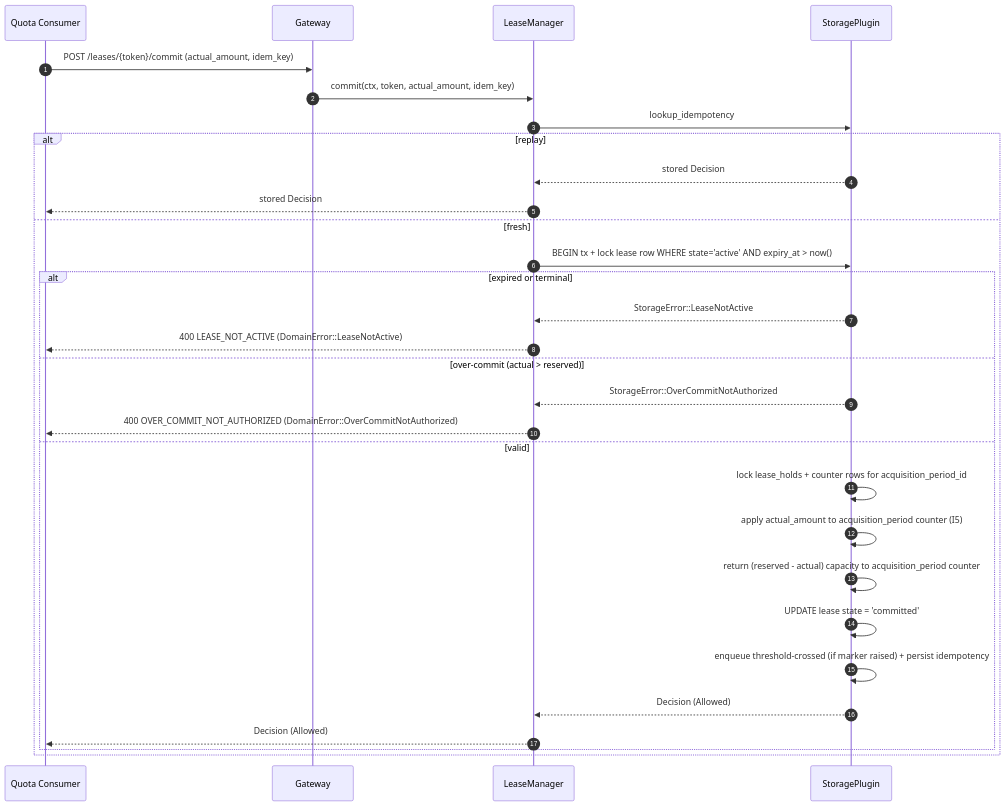
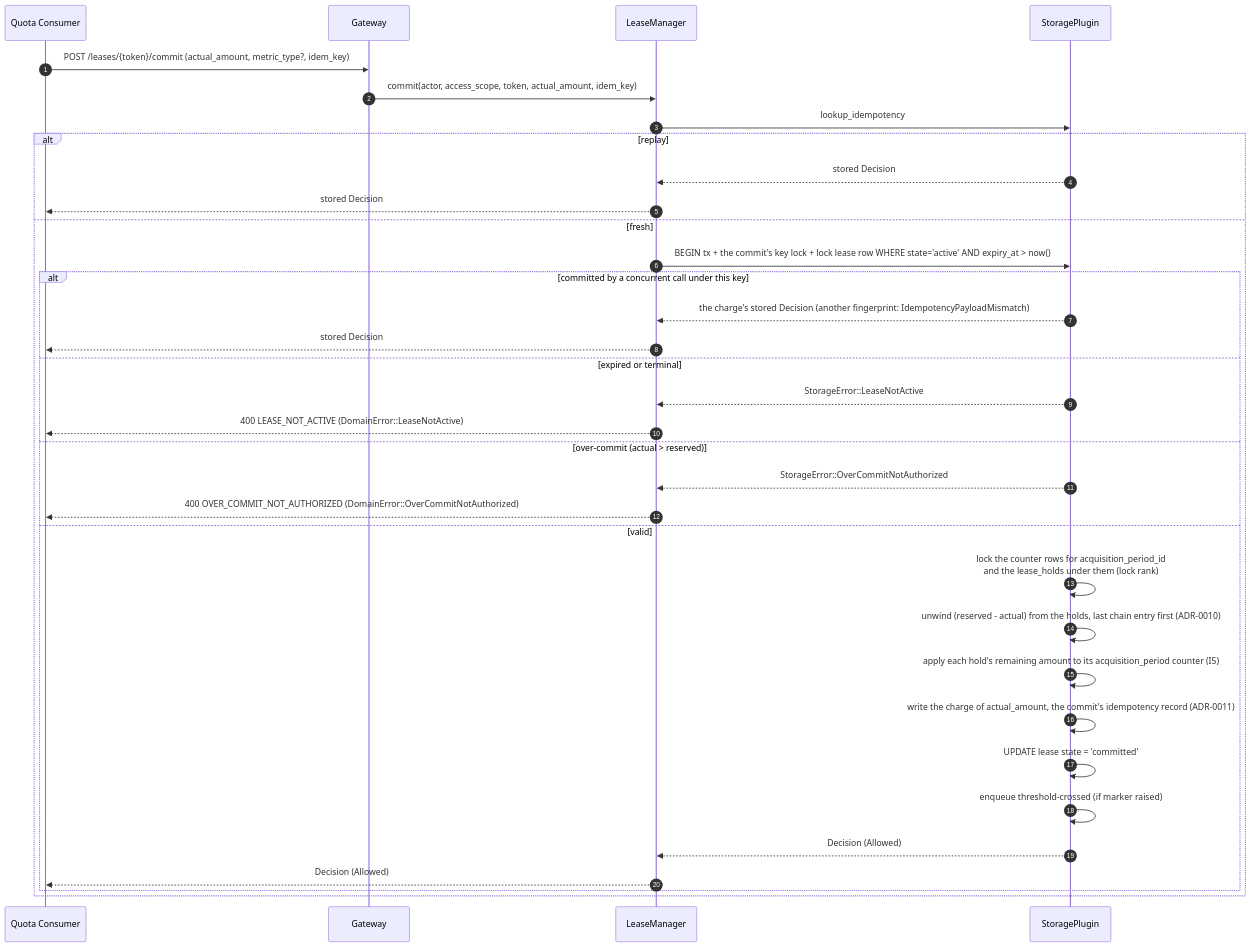
The eighth of 18 diagrams in gears/system/quota-enforcement/docs/DESIGN.md (constructorfabric/gears-rust), drawn with Mermaid before and after one commit. The commit also changed other lines of this file and 48 other files, not shown here.

````diff
--- a/gears/system/quota-enforcement/docs/DESIGN.md
+++ b/gears/system/quota-enforcement/docs/DESIGN.md
@@ -1781,33 +1984,37 @@
 ```mermaid
 sequenceDiagram
     autonumber
     participant Caller as Quota Consumer
     participant GW as Gateway
     participant LM as LeaseManager
     participant SP as StoragePlugin
 
-    Caller ->> GW: POST /leases/{token}/commit (actual_amount, idem_key)
-    GW ->> LM: commit(ctx, token, actual_amount, idem_key)
+    Caller ->> GW: POST /leases/{token}/commit (actual_amount, metric_type?, idem_key)
+    GW ->> LM: commit(actor, access_scope, token, actual_amount, idem_key)
     LM ->> SP: lookup_idempotency
     alt replay
         SP -->> LM: stored Decision
         LM -->> Caller: stored Decision
     else fresh
-        LM ->> SP: BEGIN tx + lock lease row WHERE state='active' AND expiry_at > now()
-        alt expired or terminal
+        LM ->> SP: BEGIN tx + the commit's key lock + lock lease row WHERE state='active' AND expiry_at > now()
+                alt committed by a concurrent call under this key
+            SP -->> LM: the charge's stored Decision (another fingerprint: IdempotencyPayloadMismatch)
+            LM -->> Caller: stored Decision
+        else expired or terminal
             SP -->> LM: StorageError::LeaseNotActive
             LM -->> Caller: 400 LEASE_NOT_ACTIVE (DomainError::LeaseNotActive)
         else over-commit (actual > reserved)
             SP -->> LM: StorageError::OverCommitNotAuthorized
             LM -->> Caller: 400 OVER_COMMIT_NOT_AUTHORIZED (DomainError::OverCommitNotAuthorized)
         else valid
-            SP ->> SP: lock lease_holds + counter rows for acquisition_period_id
-            SP ->> SP: apply actual_amount to acquisition_period counter (I5)
-            SP ->> SP: return (reserved - actual) capacity to acquisition_period counter
+            SP ->> SP: lock the counter rows for acquisition_period_id<br/>and the lease_holds under them (lock rank)
+            SP ->> SP: unwind (reserved - actual) from the holds, last chain entry first (ADR-0010)
+            SP ->> SP: apply each hold's remaining amount to its acquisition_period counter (I5)
+            SP ->> SP: write the charge of actual_amount, the commit's idempotency record (ADR-0011)
             SP ->> SP: UPDATE lease state = 'committed'
-            SP ->> SP: enqueue threshold-crossed (if marker raised) + persist idempotency
+            SP ->> SP: enqueue threshold-crossed (if marker raised)
             SP -->> LM: Decision (Allowed)
             LM -->> Caller: Decision (Allowed)
         end
     end
 ```
````
